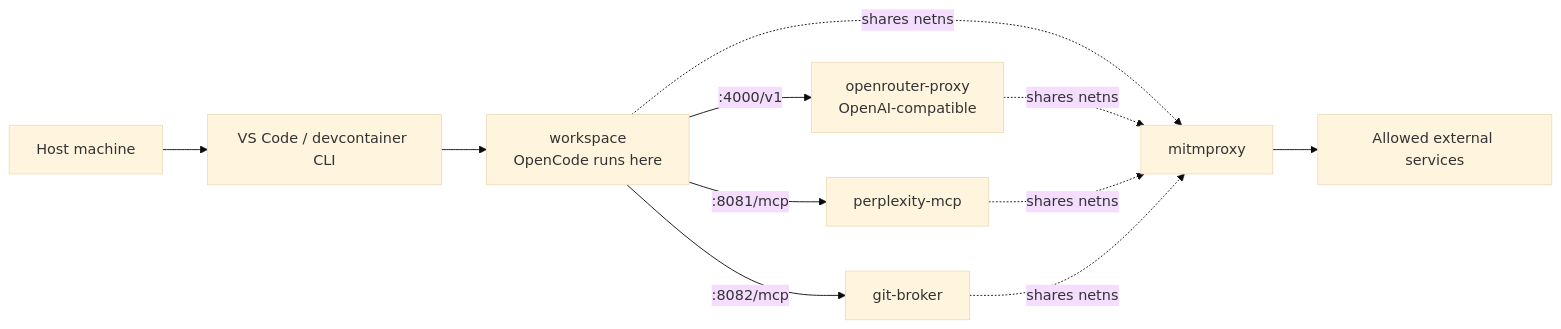
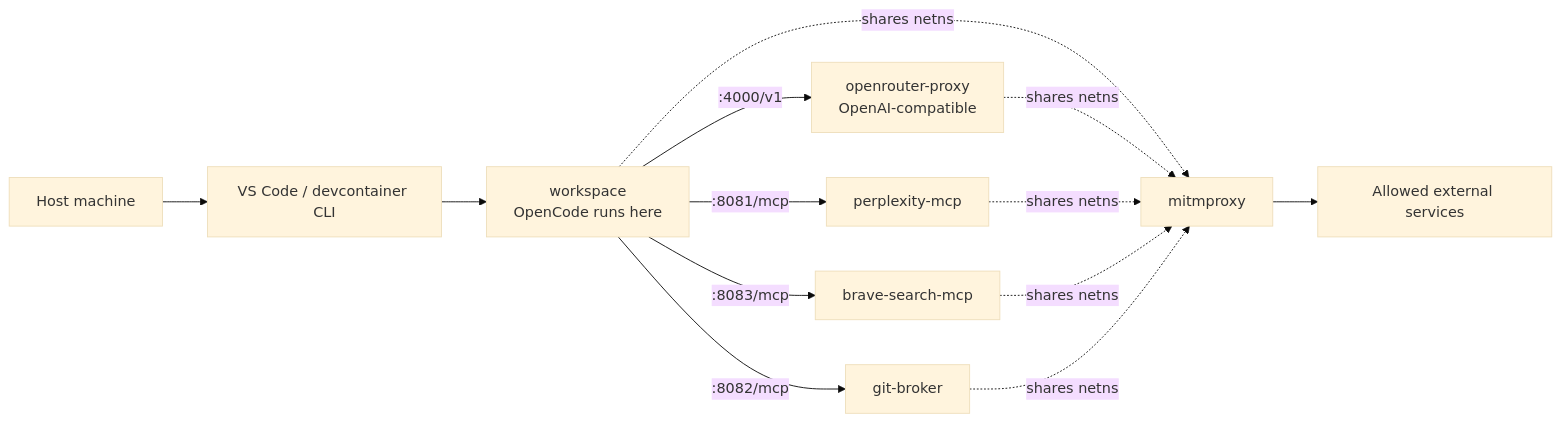
The first of 3 diagrams in README.md (sachitv/opencode-omo-sandbox-docker), drawn with Mermaid (base theme) before and after one commit. The commit also changed other lines of this file and 4 other files, not shown here.

First line of the commit message:
feat: add Brave Search MCP service and update sandbox docs

````diff
--- a/README.md
+++ b/README.md
@@ -49,25 +50,28 @@
 ```mermaid
 flowchart LR
   Host[Host machine]
   VSCode[VS Code / devcontainer CLI]
   Workspace[workspace<br/>OpenCode runs here]
   OpenRouter[openrouter-proxy<br/>OpenAI-compatible]
   Perplexity[perplexity-mcp]
+  Brave[brave-search-mcp]
   GitBroker[git-broker]
   Mitm[mitmproxy]
   Internet[Allowed external services]
 
   Host --> VSCode
   VSCode --> Workspace
 
   Workspace -->|:4000/v1| OpenRouter
   Workspace -->|:8081/mcp| Perplexity
+  Workspace -->|:8083/mcp| Brave
   Workspace -->|:8082/mcp| GitBroker
 
   Workspace -. shares netns .-> Mitm
   OpenRouter -. shares netns .-> Mitm
   Perplexity -. shares netns .-> Mitm
+  Brave -. shares netns .-> Mitm
   GitBroker -. shares netns .-> Mitm
 
   Mitm --> Internet
 ```
````
